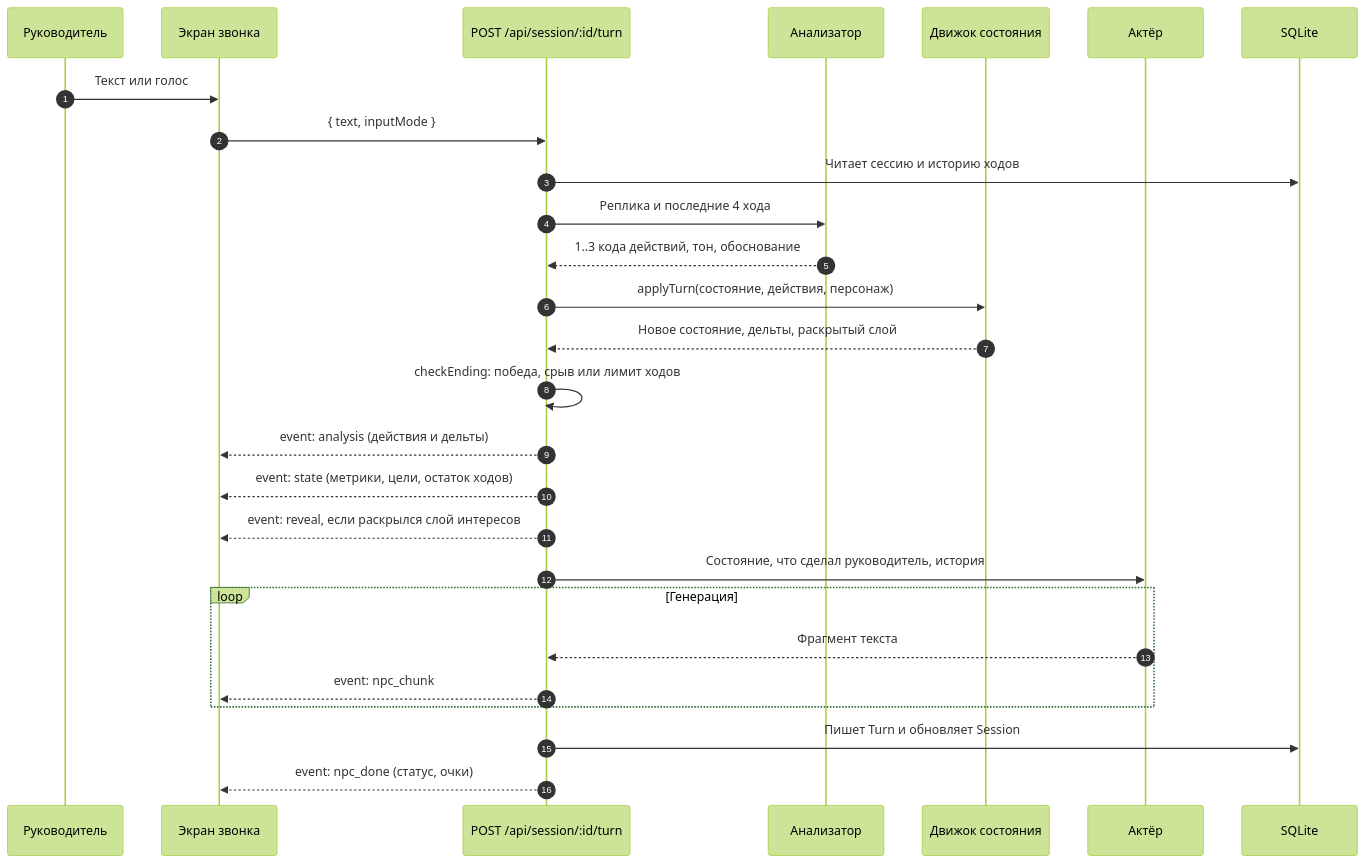
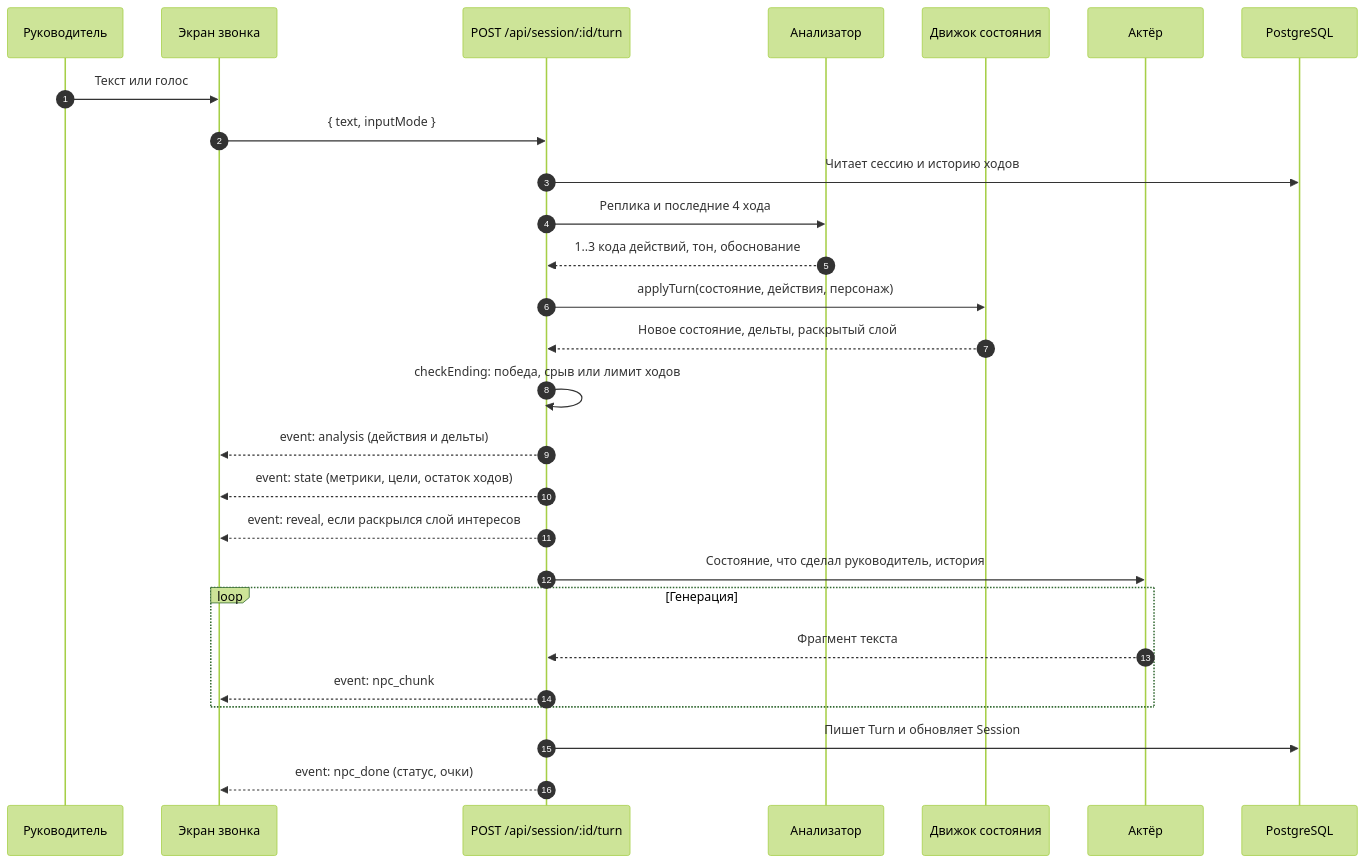
The second of 2 diagrams in docs-site/architecture/overview.md (dontdoitno/lct-negotiation), drawn with Mermaid (forest theme) before and after one commit. The commit also changed other lines of this file and 103 other files, not shown here.

````diff
--- a/docs-site/architecture/overview.md
+++ b/docs-site/architecture/overview.md
@@ -81,30 +81,30 @@
 ```mermaid
 sequenceDiagram
     autonumber
     participant U as Руководитель
     participant C as Экран звонка
     participant R as POST /api/session/:id/turn
     participant AN as Анализатор
     participant EN as Движок состояния
     participant AC as Актёр
-    participant DB as SQLite
+    participant DB as PostgreSQL
 
     U->>C: Текст или голос
     C->>R: { text, inputMode }
     R->>DB: Читает сессию и историю ходов
     R->>AN: Реплика и последние 4 хода
     AN-->>R: 1..3 кода действий, тон, обоснование
     R->>EN: applyTurn(состояние, действия, персонаж)
     EN-->>R: Новое состояние, дельты, раскрытый слой
     R->>R: checkEnding: победа, срыв или лимит ходов
     R-->>C: event: analysis (действия и дельты)
     R-->>C: event: state (метрики, цели, остаток ходов)
     R-->>C: event: reveal, если раскрылся слой интересов
     R->>AC: Состояние, что сделал руководитель, история
     loop Генерация
         AC-->>R: Фрагмент текста
         R-->>C: event: npc_chunk
     end
     R->>DB: Пишет Turn и обновляет Session
     R-->>C: event: npc_done (статус, очки)
 ```
````
